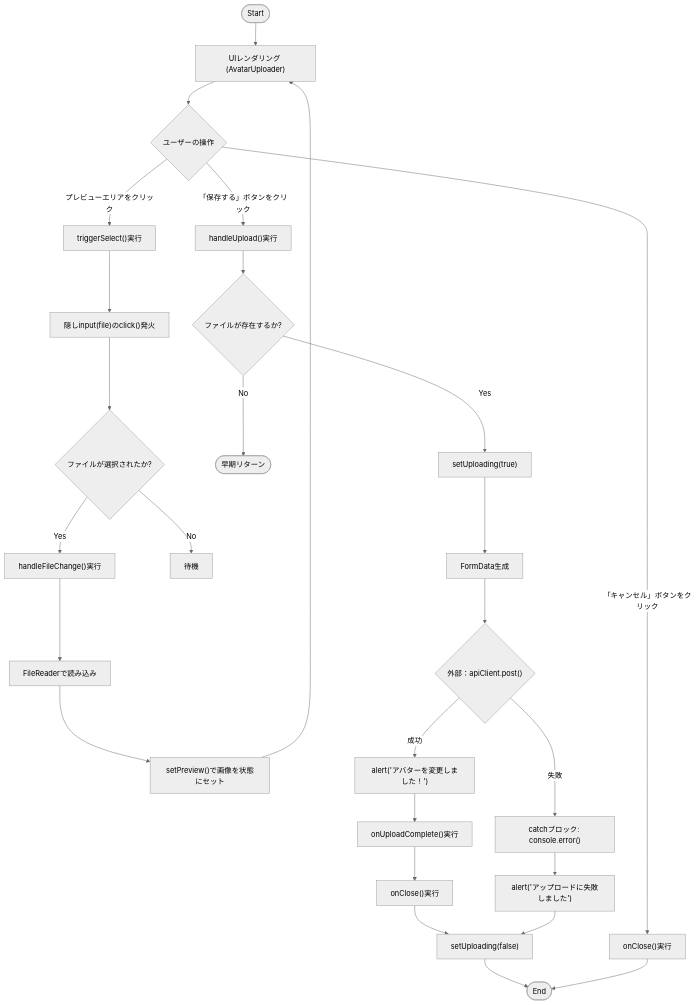
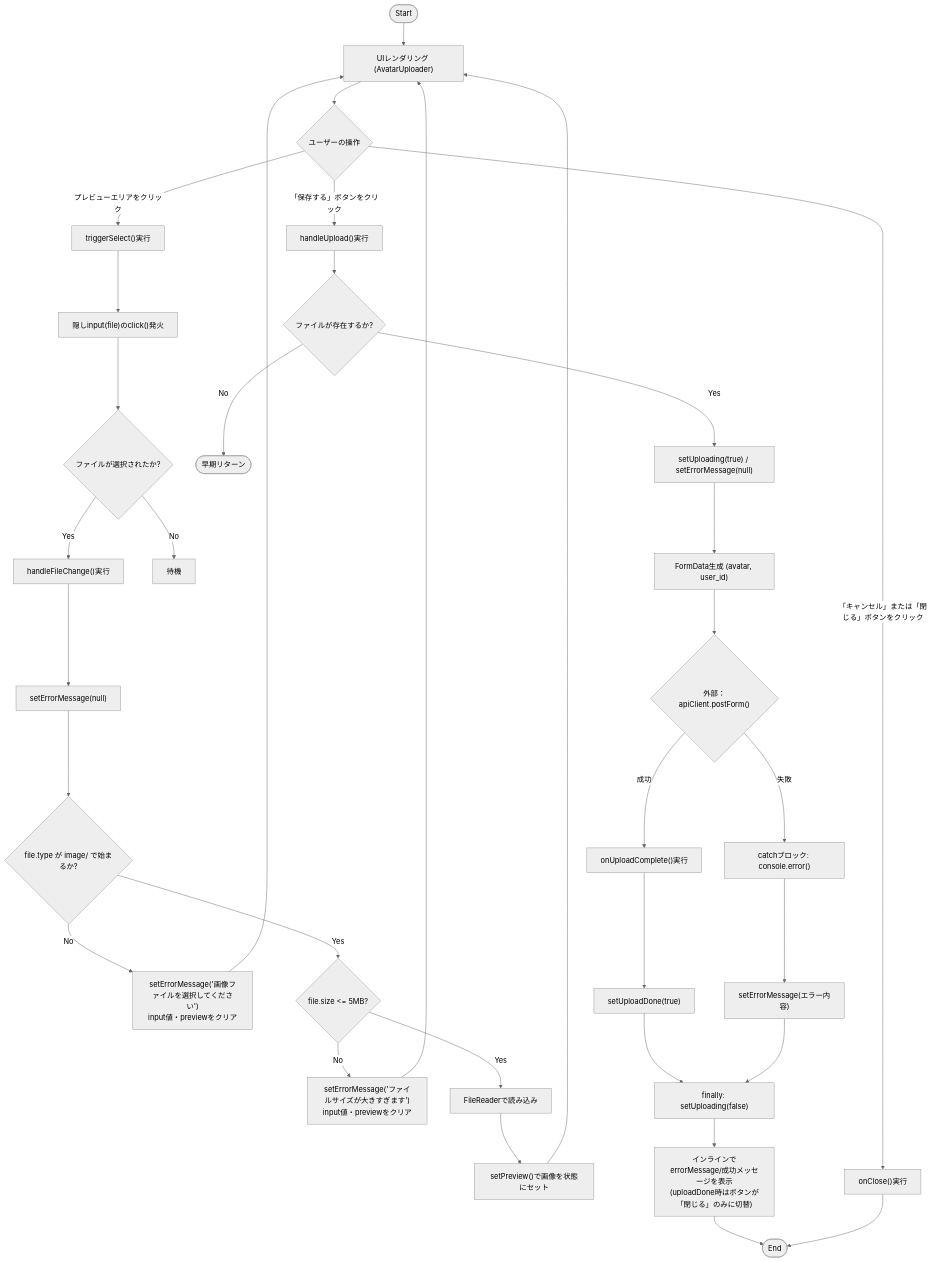
Before and after one commit to mmtigers/my_python_project: the first of 2 diagrams in docs/specifications/family-quest/src/components/ui/AvatarUploader.md, drawn with Mermaid (neutral theme). The commit also changed other lines of this file and 47 other files, not shown here.

````diff
--- a/docs/specifications/family-quest/src/components/ui/AvatarUploader.md
+++ b/docs/specifications/family-quest/src/components/ui/AvatarUploader.md
@@ -156,40 +156,47 @@
 ```mermaid
 flowchart TD
     Start([Start]) --> Render["UIレンダリング (AvatarUploader)"]
     
     Render --> UserAction{"ユーザーの操作"}
     
     %% ファイル選択フロー
     UserAction -- "プレビューエリアをクリック" --> TriggerSelect["triggerSelect()実行"]
     TriggerSelect --> ClickHiddenInput["隠しinput(file)のclick()発火"]
     ClickHiddenInput --> SelectFile{"ファイルが選択されたか?"}
     SelectFile -- Yes --> HandleFileChange["handleFileChange()実行"]
     SelectFile -- No --> Wait["待機"]
-    HandleFileChange --> ReadFile["FileReaderで読み込み"]
+    HandleFileChange --> ClearError["setErrorMessage(null)"]
+    ClearError --> ValidateType{"file.type が image/ で始まるか?"}
+    ValidateType -- No --> SetTypeError["setErrorMessage('画像ファイルを選択してください')\ninput値・previewをクリア"]
+    ValidateType -- Yes --> ValidateSize{"file.size <= 5MB?"}
+    ValidateSize -- No --> SetSizeError["setErrorMessage('ファイルサイズが大きすぎます')\ninput値・previewをクリア"]
+    ValidateSize -- Yes --> ReadFile["FileReaderで読み込み"]
     ReadFile --> SetPreview["setPreview()で画像を状態にセット"]
+    SetTypeError --> Render
+    SetSizeError --> Render
     SetPreview --> Render
     
     %% アップロードフロー
     UserAction -- "「保存する」ボタンをクリック" --> HandleUpload["handleUpload()実行"]
     HandleUpload --> CheckFile{"ファイルが存在するか?"}
     CheckFile -- No --> EndUpload([早期リターン])
-    CheckFile -- Yes --> SetUploadingTrue["setUploading(true)"]
-    SetUploadingTrue --> CreateFormData["FormData生成"]
-    CreateFormData --> ApiCall{"外部：apiClient.post()"}
+    CheckFile -- Yes --> SetUploadingTrue["setUploading(true) / setErrorMessage(null)"]
+    SetUploadingTrue --> CreateFormData["FormData生成 (avatar, user_id)"]
+    CreateFormData --> ApiCall{"外部：apiClient.postForm()"}
     
-    ApiCall -- 成功 --> AlertSuccess["alert('アバターを変更しました！')"]
-    AlertSuccess --> CallComplete["onUploadComplete()実行"]
-    CallComplete --> CallClose["onClose()実行"]
-    CallClose --> FinallyBlock["setUploading(false)"]
+    ApiCall -- 成功 --> CallComplete["onUploadComplete()実行"]
+    CallComplete --> SetUploadDoneTrue["setUploadDone(true)"]
+    SetUploadDoneTrue --> FinallyBlock["finally: setUploading(false)"]
     
     ApiCall -- 失敗 --> CatchError["catchブロック: console.error()"]
-    CatchError --> AlertError["alert('アップロードに失敗しました')"]
-    AlertError --> FinallyBlock
+    CatchError --> SetUploadError["setErrorMessage(エラー内容)"]
+    SetUploadError --> FinallyBlock
     
-    FinallyBlock --> End([End])
+    FinallyBlock --> RenderResult["インラインでerrorMessage/成功メッセージを表示\n(uploadDone時はボタンが「閉じる」のみに切替)"]
+    RenderResult --> End([End])
     
-    %% キャンセルフロー
-    UserAction -- "「キャンセル」ボタンをクリック" --> CancelClose["onClose()実行"]
+    %% キャンセル・クローズフロー
+    UserAction -- "「キャンセル」または「閉じる」ボタンをクリック" --> CancelClose["onClose()実行"]
     CancelClose --> End
 
 ```
````
